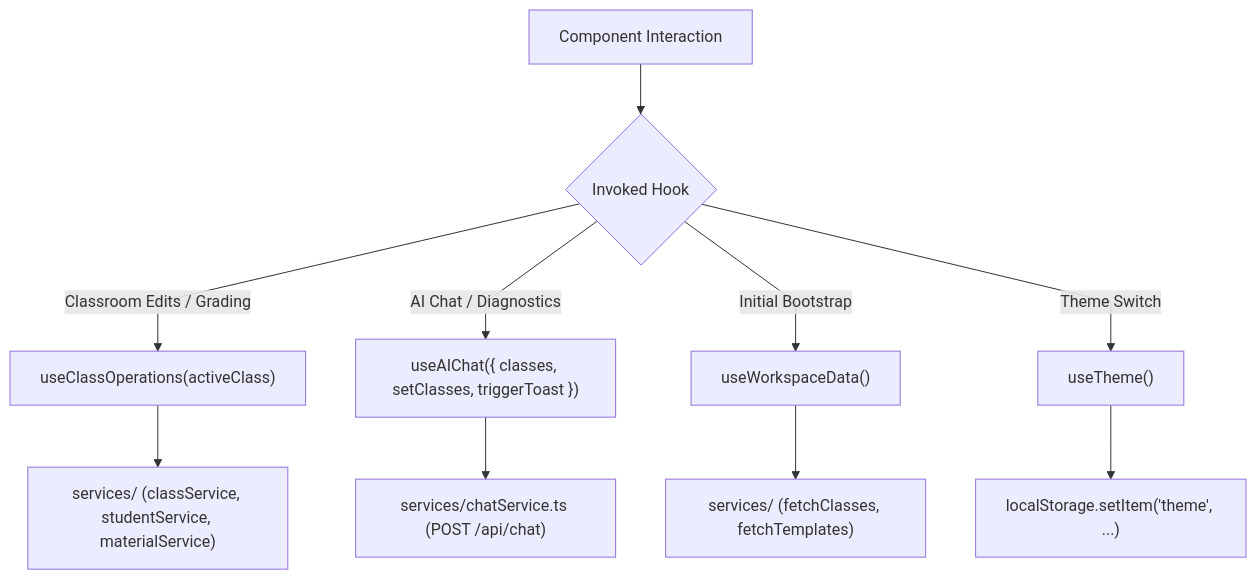
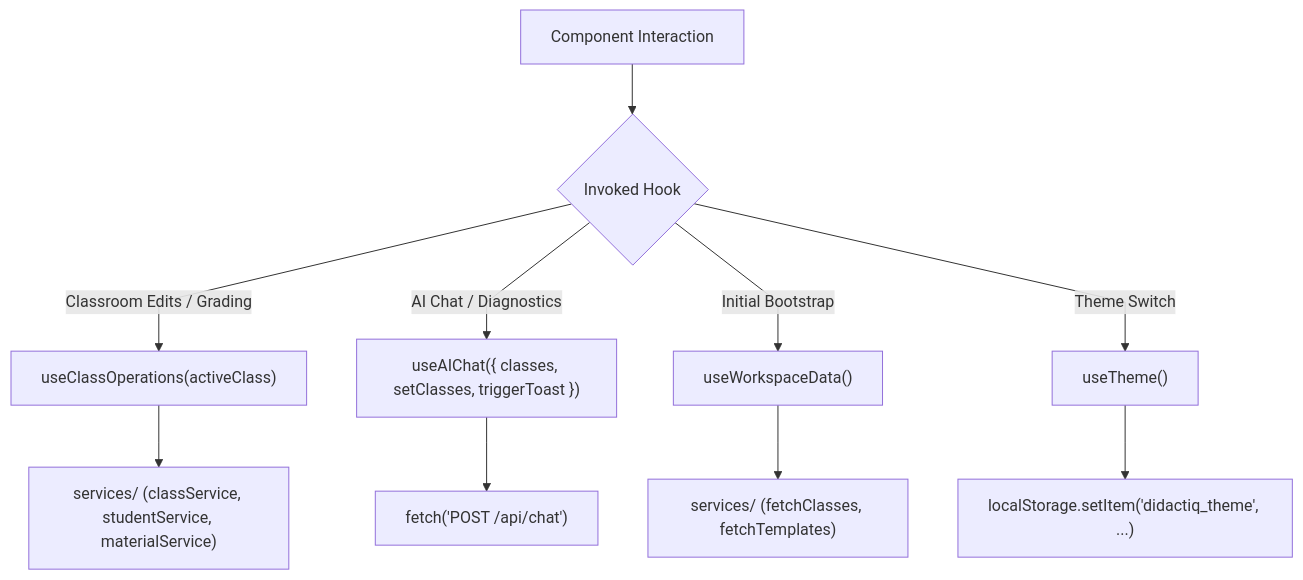
The diagram in frontend/src/hooks/code.md (VictorBravo9er/Teacher-Assistant-Workspace), drawn with Mermaid before and after one commit. The commit also changed other lines of this file and 43 other files, not shown here.

````diff
--- a/frontend/src/hooks/code.md
+++ b/frontend/src/hooks/code.md
@@ -20,15 +20,15 @@
 ```mermaid
 %%{init: {'flowchart': {'curve': 'linear'}}}%%
 flowchart TD
     User["Component Interaction"] --> Hook{"Invoked Hook"}
     
     Hook -- "Classroom Edits / Grading" --> ClassOps["useClassOperations(activeClass)"]
     Hook -- "AI Chat / Diagnostics" --> AIChat["useAIChat({ classes, setClasses, triggerToast })"]
     Hook -- "Initial Bootstrap" --> WorkspaceData["useWorkspaceData()"]
     Hook -- "Theme Switch" --> Theme["useTheme()"]
     
     ClassOps --> Services["services/ (classService, studentService, materialService)"]
-    AIChat --> ChatService["services/chatService.ts (POST /api/chat)"]
+    AIChat --> BackendChat["fetch('POST /api/chat')"]
     WorkspaceData --> InitialFetch["services/ (fetchClasses, fetchTemplates)"]
-    Theme --> LocalStorage["localStorage.setItem('theme', ...)"]
+    Theme --> LocalStorage["localStorage.setItem('didactiq_theme', ...)"]
 ```
````
